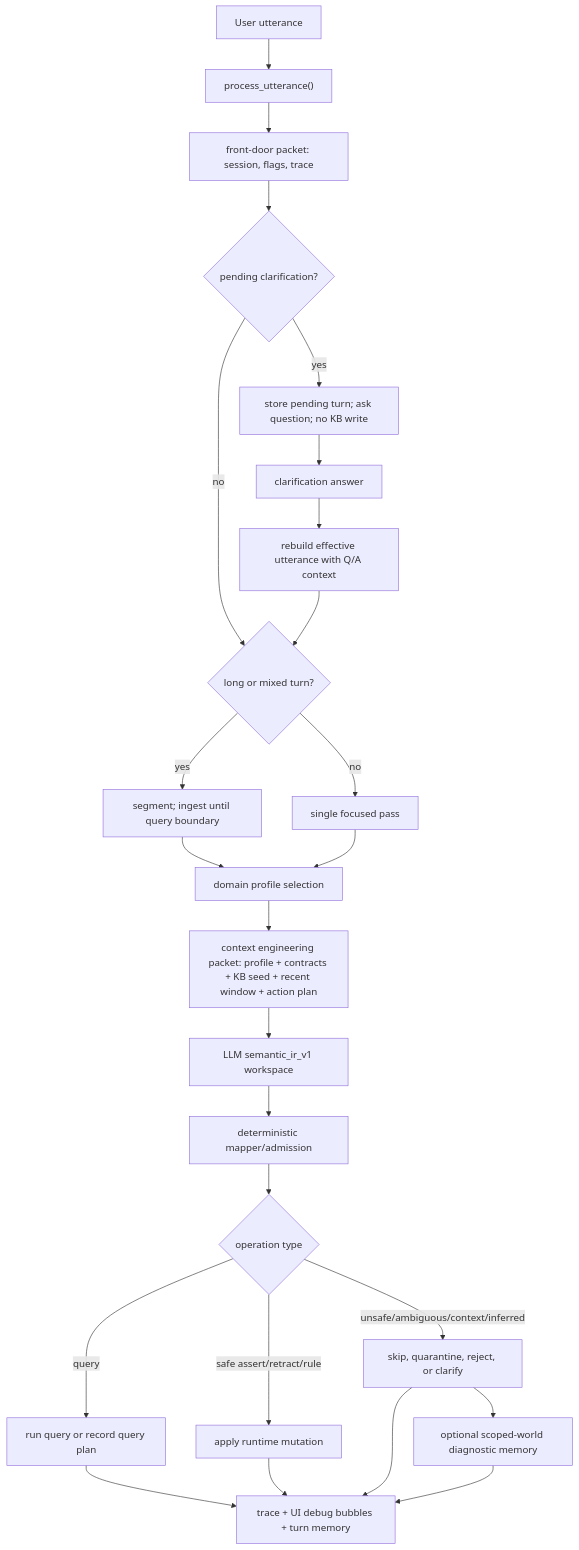
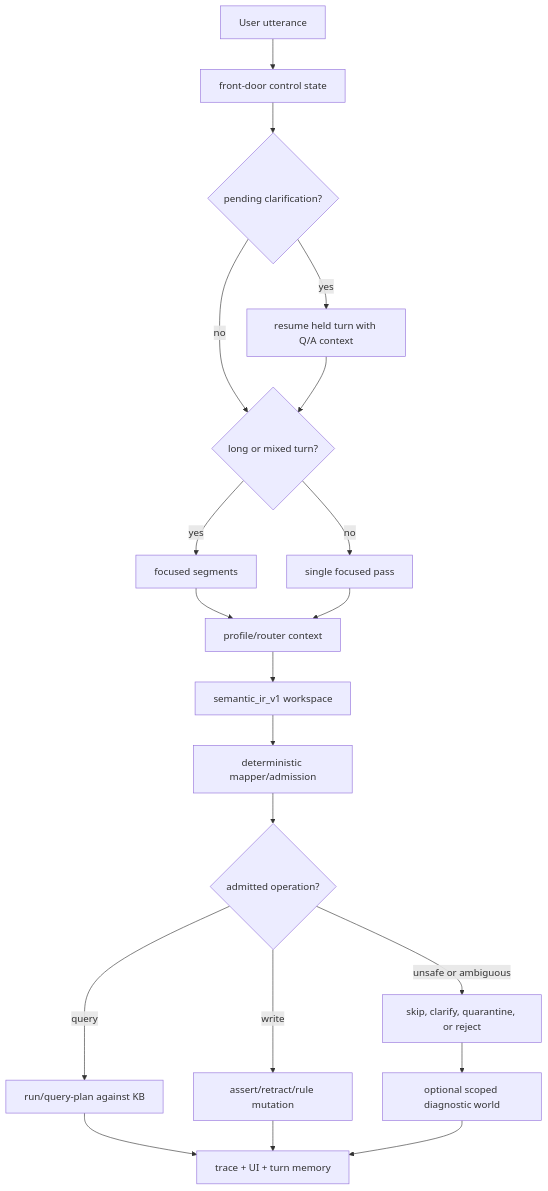
The first of 2 diagrams in docs/CURRENT_UTTERANCE_PIPELINE.md (dr3d/prethinker), drawn with Mermaid before and after one commit. The commit also changed other lines of this file and 97 other files, not shown here.

````diff
--- a/docs/CURRENT_UTTERANCE_PIPELINE.md
+++ b/docs/CURRENT_UTTERANCE_PIPELINE.md
@@ -46,27 +70,22 @@
 ```mermaid
 flowchart TD
-  A["User utterance"] --> B["process_utterance()"]
-  B --> C["front-door packet: session, flags, trace"]
-  C --> D{"pending clarification?"}
-  D -- "yes" --> E["store pending turn; ask question; no KB write"]
-  E --> F["clarification answer"]
-  F --> G["rebuild effective utterance with Q/A context"]
-  D -- "no" --> H{"long or mixed turn?"}
+  A["User utterance"] --> B["front-door control state"]
+  B --> C{"pending clarification?"}
+  C -- "yes" --> D["resume held turn with Q/A context"]
+  C -- "no" --> E{"long or mixed turn?"}
+  D --> E
+  E -- "yes" --> F["focused segments"]
+  E -- "no" --> G["single focused pass"]
+  F --> H["profile/router context"]
   G --> H
-  H -- "yes" --> I["segment; ingest until query boundary"]
-  H -- "no" --> J["single focused pass"]
-  I --> K["domain profile selection"]
-  J --> K
-  K --> L["context engineering packet: profile + contracts + KB seed + recent window + action plan"]
-  L --> M["LLM semantic_ir_v1 workspace"]
-  M --> N["deterministic mapper/admission"]
-  N --> O{"operation type"}
-  O -- "query" --> P["run query or record query plan"]
-  O -- "safe assert/retract/rule" --> Q["apply runtime mutation"]
-  O -- "unsafe/ambiguous/context/inferred" --> R["skip, quarantine, reject, or clarify"]
-  R --> T["optional scoped-world diagnostic memory"]
-  P --> S["trace + UI debug bubbles + turn memory"]
-  Q --> S
-  R --> S
-  T --> S
+  H --> I["semantic_ir_v1 workspace"]
+  I --> J["deterministic mapper/admission"]
+  J --> K{"admitted operation?"}
+  K -- "query" --> L["run/query-plan against KB"]
+  K -- "write" --> M["assert/retract/rule mutation"]
+  K -- "unsafe or ambiguous" --> N["skip, clarify, quarantine, or reject"]
+  N --> O["optional scoped diagnostic world"]
+  L --> P["trace + UI + turn memory"]
+  M --> P
+  O --> P
 ```
````
